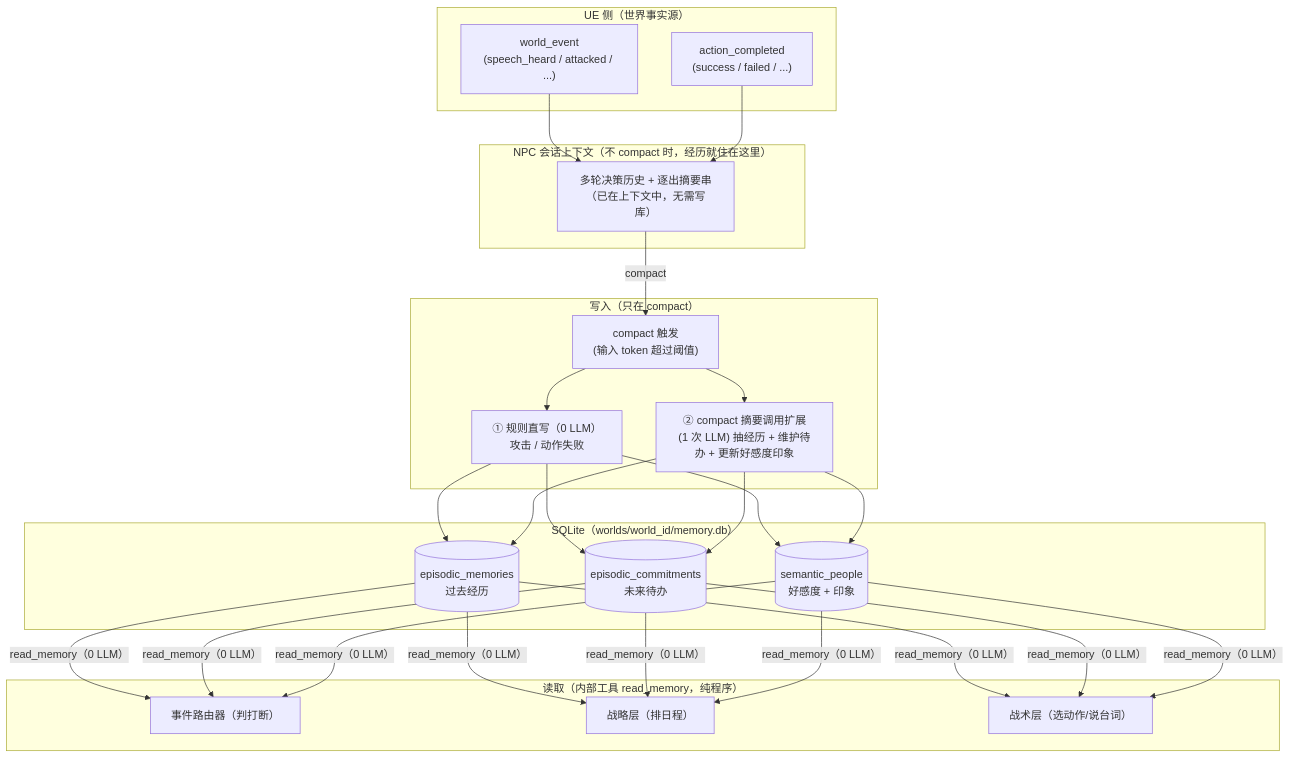
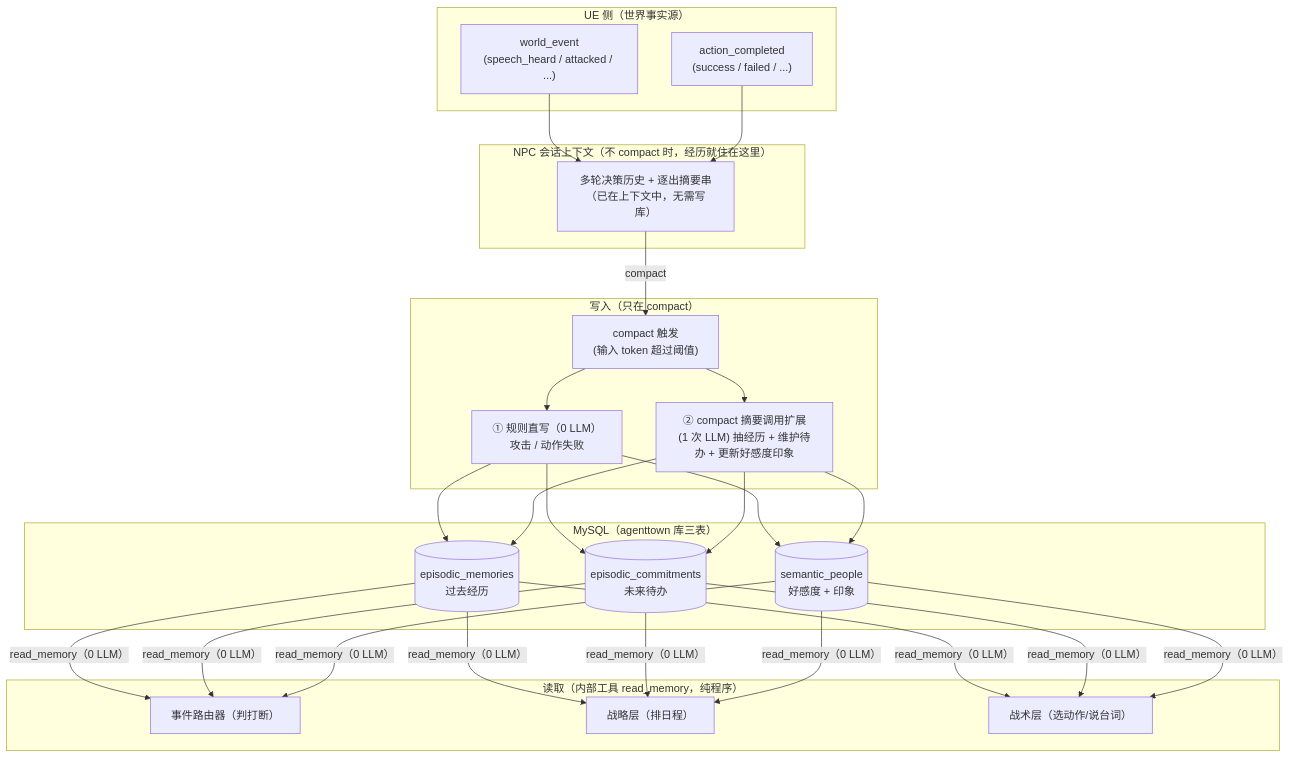
The diagram in docs/AgentTown_LongTermMemory_SQLite_Design.md (yitian-chen/SmartNPC), drawn with Mermaid before and after one commit. The commit also changed other lines of this file and 1 other file, not shown here.

First line of the commit message:
docs(mcp): 同步长期记忆文档——SQLite→MySQL + CLAUDE.md 三表描述

````diff
--- a/docs/AgentTown_LongTermMemory_SQLite_Design.md
+++ b/docs/AgentTown_LongTermMemory_SQLite_Design.md
@@ -17,35 +17,35 @@
 ```mermaid
 flowchart TB
     subgraph UE["UE 侧（世界事实源）"]
         EV["world_event<br/>(speech_heard / attacked / ...)"]
         AC["action_completed<br/>(success / failed / ...)"]
     end
 
     subgraph Ctx["NPC 会话上下文（不 compact 时，经历就住在这里）"]
         CV["多轮决策历史 + 逐出摘要串<br/>（已在上下文中，无需写库）"]
     end
 
     subgraph Write["写入（只在 compact）"]
         W1["compact 触发<br/>(输入 token 超过阈值)"]
         W2["① 规则直写（0 LLM）<br/>攻击 / 动作失败"]
         W3["② compact 摘要调用扩展<br/>(1 次 LLM) 抽经历 + 维护待办 + 更新好感度印象"]
     end
 
-    subgraph DB["SQLite（worlds/world_id/memory.db）"]
+    subgraph DB["MySQL（agenttown 库三表）"]
         T1[("episodic_memories<br/>过去经历")]
         T2[("episodic_commitments<br/>未来待办")]
         T3[("semantic_people<br/>好感度 + 印象")]
     end
 
     subgraph Read["读取（内部工具 read_memory，纯程序）"]
         R1["事件路由器（判打断）"]
         R2["战略层（排日程）"]
         R3["战术层（选动作/说台词）"]
     end
 
     EV & AC --> CV
     CV -->|compact| W1
     W1 --> W2 & W3
     W2 & W3 --> T1 & T2 & T3
     T1 & T2 & T3 -->|read_memory（0 LLM）| R1 & R2 & R3
 ```
````
